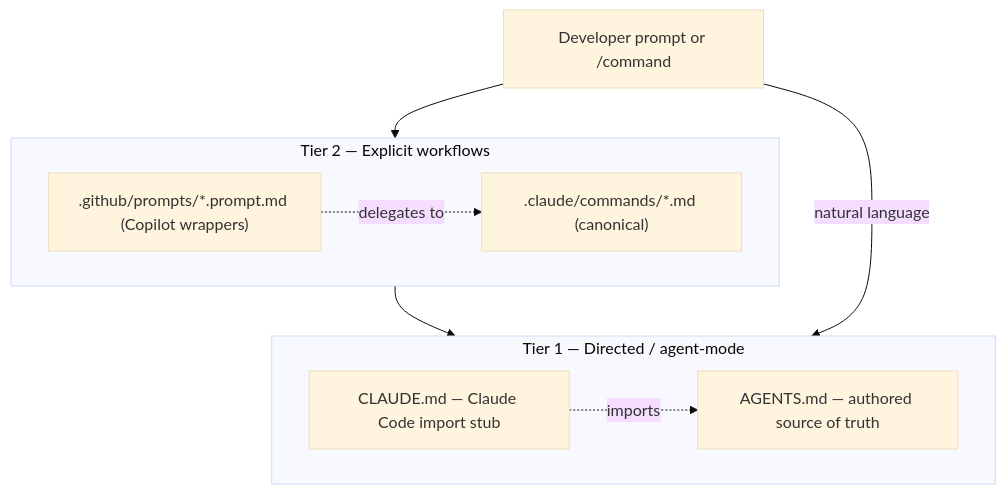
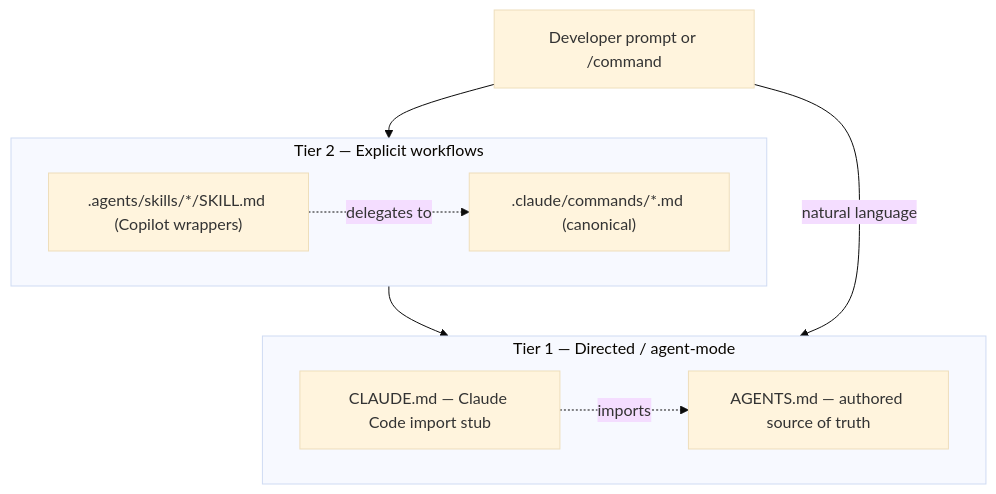
One commit to andreoucostas/ai-tech-lead changed the first of 3 diagrams in dist/angular/docs/ARCHITECTURE.md. Above: the diagram before and after it, drawn with Mermaid (base theme). The commit also changed other lines of this file and 231 other files, not shown here.

````diff
--- a/dist/angular/docs/ARCHITECTURE.md
+++ b/dist/angular/docs/ARCHITECTURE.md
@@ -18,16 +18,16 @@
 ```mermaid
 flowchart TD
     Dev[Developer prompt or /command]
     subgraph T2[Tier 2 — Explicit workflows]
       C[".claude/commands/*.md (canonical)"]
-      P[".github/prompts/*.prompt.md (Copilot wrappers)"]
+      P[".agents/skills/*/SKILL.md (Copilot wrappers)"]
     end
     subgraph T1[Tier 1 — Directed / agent-mode]
       CL[CLAUDE.md — Claude Code import stub]
       AG[AGENTS.md — authored source of truth]
     end
     Dev --> T2 --> T1
     Dev -->|natural language| T1
     CL -. imports .-> AG
     P -. delegates to .-> C
 ```
````
